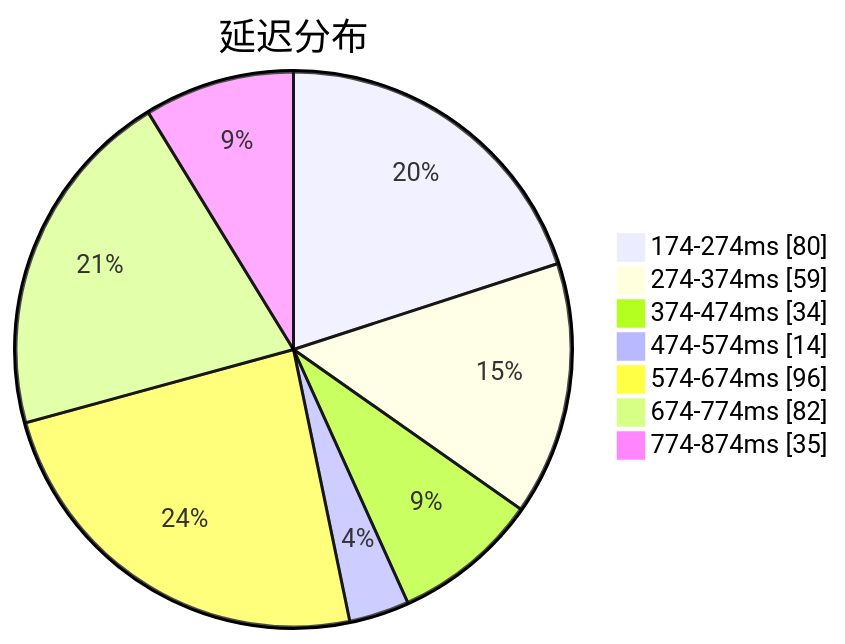
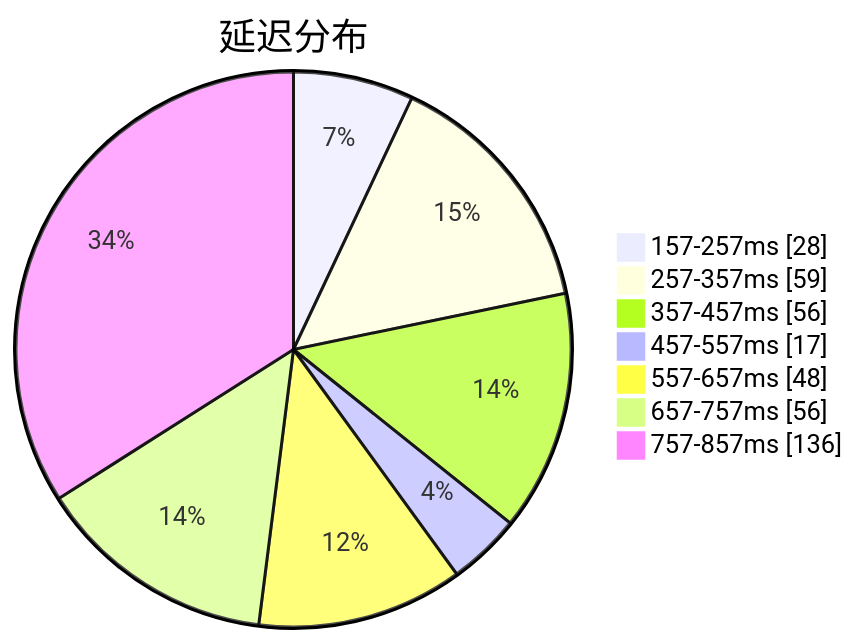
The first of 3 diagrams in subs/statistics/tested_within.md (qjlxg/airport), drawn with Mermaid before and after one commit. The commit also changed other lines of this file and 2 other files, not shown here.

````diff
--- a/subs/statistics/tested_within.md
+++ b/subs/statistics/tested_within.md
@@ -2,11 +2,11 @@
 ```mermaid
 pie showData
 title 延迟分布
-"174-274ms" : 80
-"274-374ms" : 59
-"374-474ms" : 34
-"474-574ms" : 14
-"574-674ms" : 96
-"674-774ms" : 82
-"774-874ms" : 35
+"157-257ms" : 28
+"257-357ms" : 59
+"357-457ms" : 56
+"457-557ms" : 17
+"557-657ms" : 48
+"657-757ms" : 56
+"757-857ms" : 136
 ```
````
